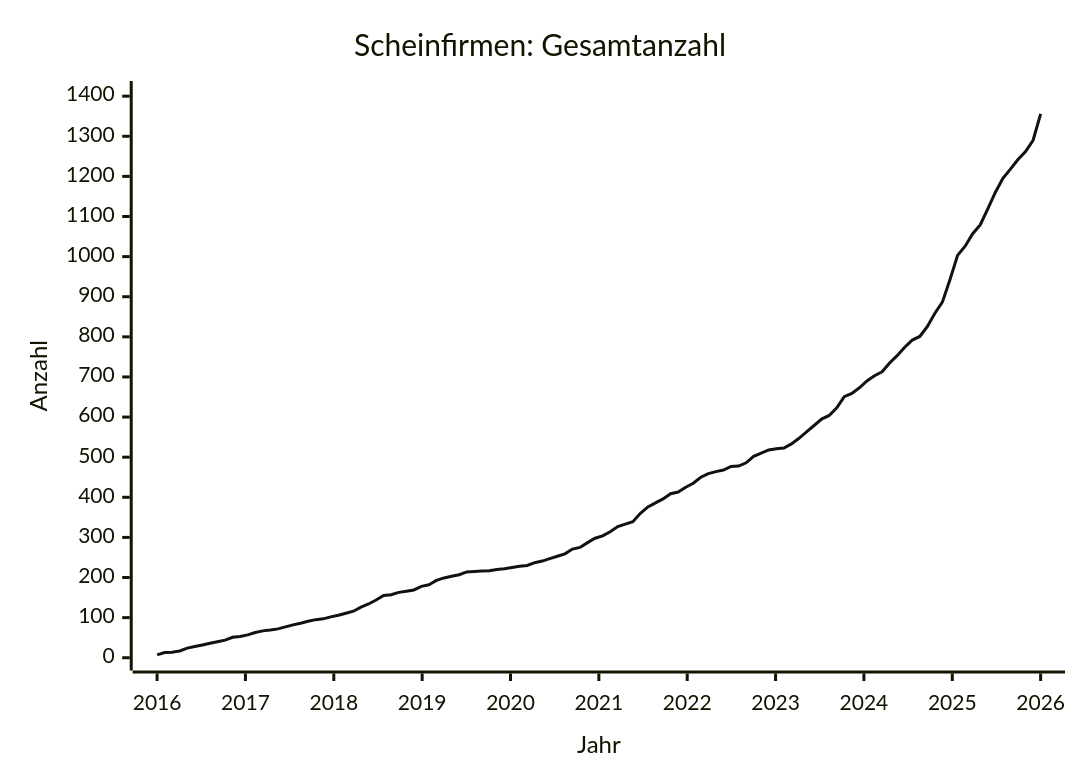
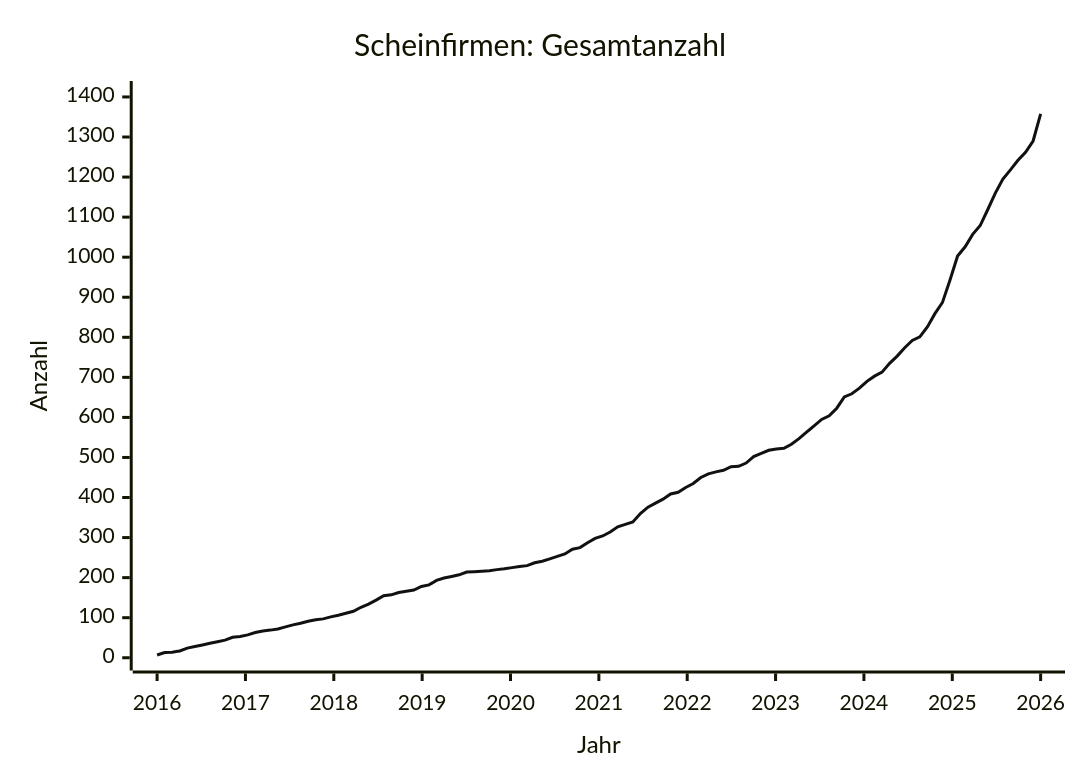
One commit to arjoma/scheinfirmen-at changed the diagram in data/STATS.md. Above: the diagram before and after it, drawn with Mermaid. The commit also changed other lines of this file and 3 other files, not shown here.

````diff
--- a/data/STATS.md
+++ b/data/STATS.md
@@ -9,13 +9,13 @@
 ```mermaid
 ---
 config:
   themeVariables:
     xyChart:
       plotColorPalette: "#111111"
 ---
 xychart-beta
     title "Scheinfirmen: Gesamtanzahl"
     x-axis "Jahr" 2016 --> 2026
-    y-axis "Anzahl" 0 --> 1406
-    line [7, 13, 14, 17, 24, 28, 32, 36, 40, 44, 51, 53, 57, 63, 67, 69, 72, 77, 82, 86, 91, 95, 97, 102, 106, 111, 116, 126, 134, 144, 155, 157, 163, 166, 169, 178, 182, 193, 199, 203, 207, 214, 215, 216, 217, 220, 222, 225, 228, 230, 237, 241, 247, 253, 259, 271, 275, 287, 298, 304, 314, 327, 333, 339, 360, 376, 386, 396, 409, 413, 425, 435, 450, 459, 464, 468, 477, 478, 486, 502, 510, 518, 521, 523, 533, 547, 563, 579, 595, 604, 623, 651, 659, 673, 690, 703, 713, 735, 753, 774, 792, 801, 826, 859, 887, 943, 1003, 1026, 1057, 1079, 1119, 1160, 1195, 1218, 1242, 1262, 1290, 1356]
+    y-axis "Anzahl" 0 --> 1408
+    line [7, 13, 14, 17, 24, 28, 32, 36, 40, 44, 51, 53, 57, 63, 67, 69, 72, 77, 82, 86, 91, 95, 97, 102, 106, 111, 116, 126, 134, 144, 155, 157, 163, 166, 169, 178, 182, 193, 199, 203, 207, 214, 215, 216, 217, 220, 222, 225, 228, 230, 237, 241, 247, 253, 259, 271, 275, 287, 298, 304, 314, 327, 333, 339, 360, 376, 386, 396, 409, 413, 425, 435, 450, 459, 464, 468, 477, 478, 486, 502, 510, 518, 521, 523, 533, 547, 563, 579, 595, 604, 623, 651, 659, 673, 690, 703, 713, 735, 753, 774, 792, 801, 826, 859, 887, 943, 1003, 1026, 1057, 1079, 1119, 1160, 1195, 1218, 1242, 1262, 1290, 1358]
 ```
````
